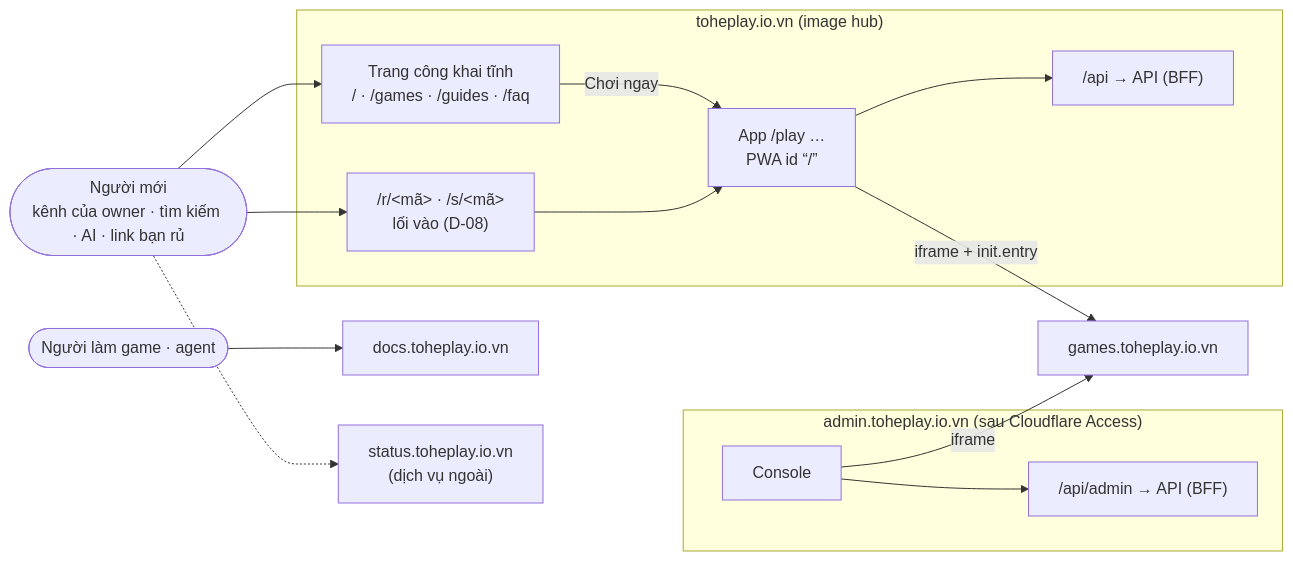
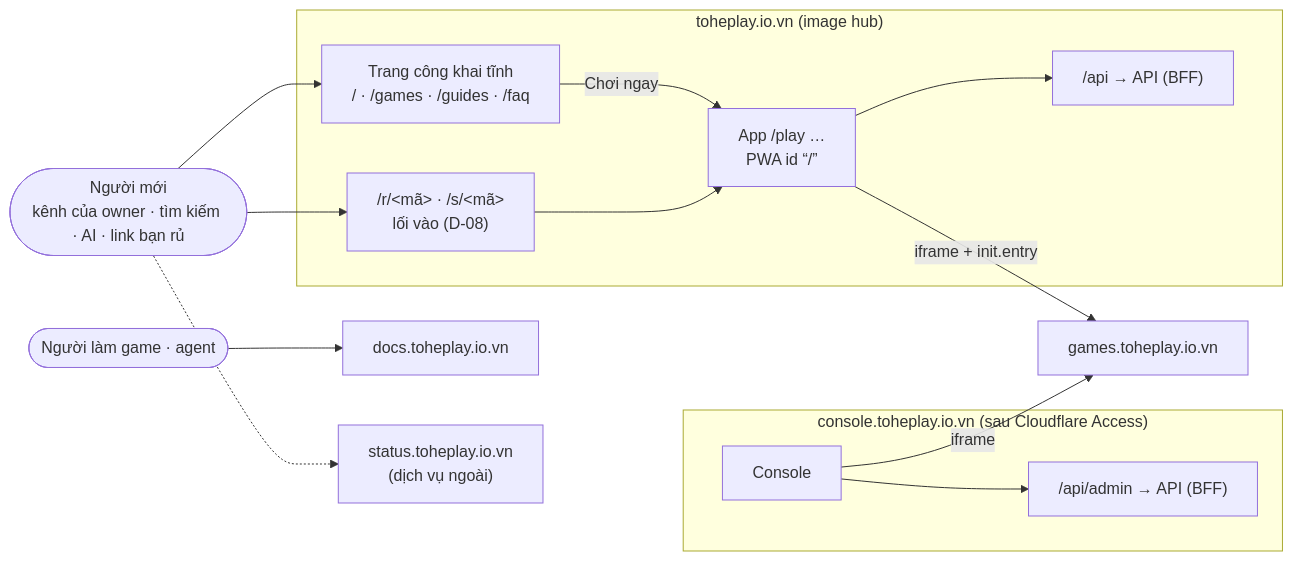
Before and after one commit to vinh466/tohe-play: the first of 2 diagrams in plans/product-surface/design.md, drawn with Mermaid. The commit also changed other lines of this file and 8 other files, not shown here.

````diff
--- a/plans/product-surface/design.md
+++ b/plans/product-surface/design.md
@@ -16,17 +16,17 @@
 ```mermaid
 flowchart LR
   person([Người mới<br/>kênh của owner · tìm kiếm · AI · link bạn rủ]) --> pub
   subgraph root ["toheplay.io.vn (image hub)"]
     pub["Trang công khai tĩnh<br/>/ · /games · /guides · /faq"] -- "Chơi ngay" --> app
     links["/r/&lt;mã&gt; · /s/&lt;mã&gt;<br/>lối vào (D-08)"] --> app["App /play …<br/>PWA id “/”"]
     app --> api["/api → API (BFF)"]
   end
-  subgraph ops ["admin.toheplay.io.vn (sau Cloudflare Access)"]
+  subgraph ops ["console.toheplay.io.vn (sau Cloudflare Access)"]
     console["Console"] --> aapi["/api/admin → API (BFF)"]
   end
   person --> links
   app -- iframe + init.entry --> games["games.toheplay.io.vn"]
   console -- iframe --> games
   dev([Người làm game · agent]) --> docs["docs.toheplay.io.vn"]
   person -.-> status["status.toheplay.io.vn<br/>(dịch vụ ngoài)"]
 ```
````
